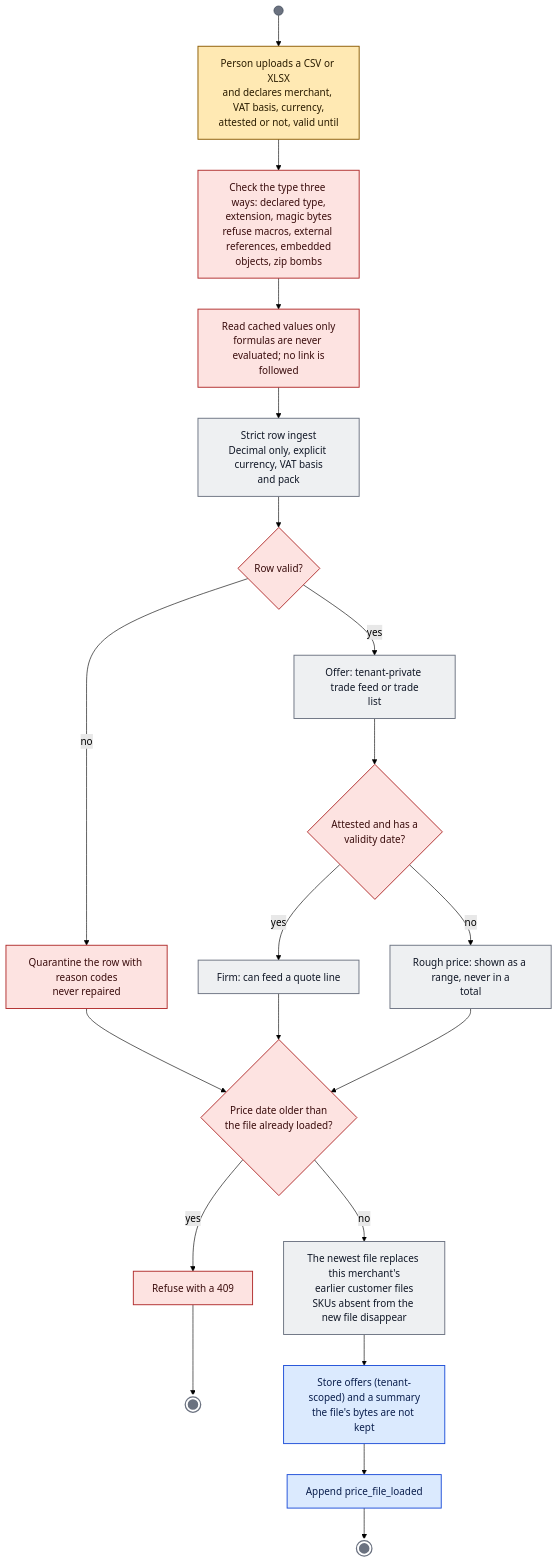
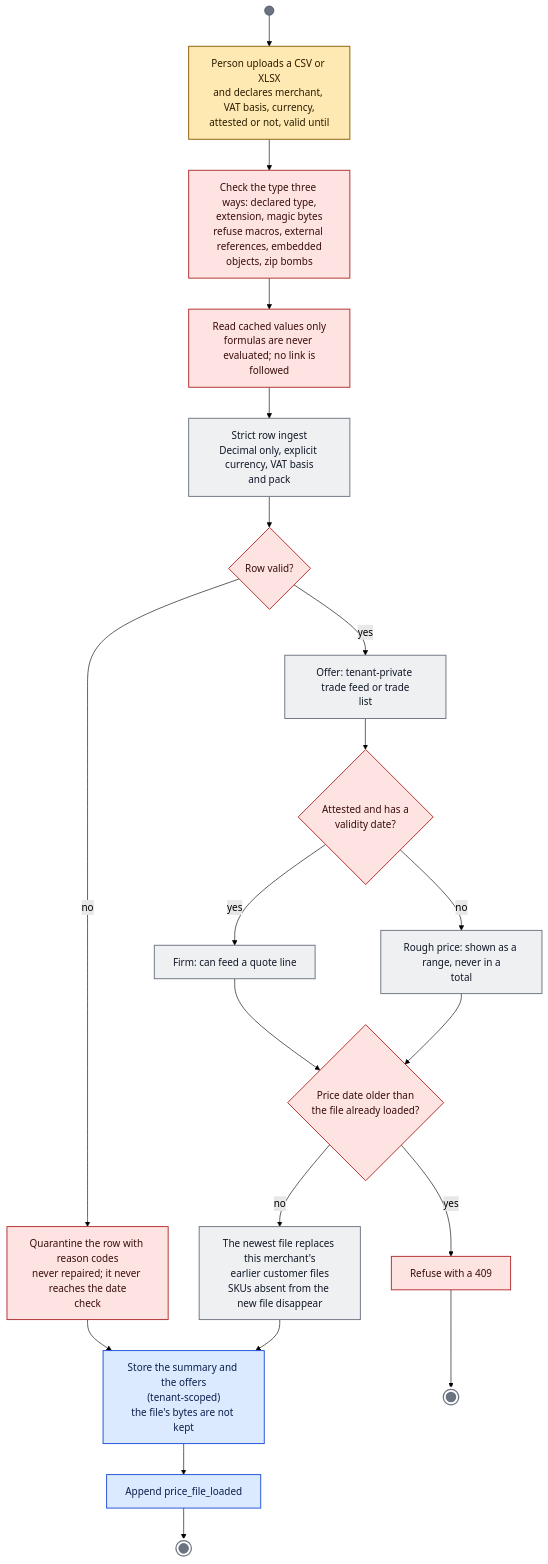
Before and after one commit to emre-akarsu/ai-commerce-ideas: diagram 21 of 33 in docs/architecture/activity-diagrams.md, drawn with Mermaid (forest theme). The commit also changed other lines of this file, not shown here.

First line of the commit message:
docs: correct the activity diagrams after an independent fact-check of the remaining modules and optimizations

````diff
--- a/docs/architecture/activity-diagrams.md
+++ b/docs/architecture/activity-diagrams.md
@@ -772,30 +802,30 @@
 ```mermaid
 flowchart TB
 classDef human fill:#ffe9b3,stroke:#8a5a00,color:#2a1c00,stroke-width:1.5px
 classDef rule fill:#eef0f2,stroke:#6b7280,color:#111827,stroke-width:1.5px
 classDef ai fill:#e9e3ff,stroke:#5b3fc4,color:#1e1050,stroke-width:2.5px,stroke-dasharray:6 4
 classDef opt fill:#d8f3e4,stroke:#1b7a4a,color:#0b2e1b,stroke-width:1.5px
 classDef gate fill:#fde3e1,stroke:#b02b2b,color:#3a0d0d,stroke-width:1.5px
 classDef data fill:#dbeafe,stroke:#1d4ed8,color:#0b1f4d,stroke-width:1.5px
 classDef bar fill:#6b7280,stroke:#374151,color:#ffffff
 classDef fin fill:#6b7280,stroke:#ffffff,color:#ffffff,stroke-width:3px
 S((" ")):::bar --> f1["Person uploads a CSV or XLSX<br/>and declares merchant, VAT basis, currency,<br/>attested or not, valid until"]:::human
 f1 --> f2["Check the type three ways: declared type,<br/>extension, magic bytes<br/>refuse macros, external references, embedded<br/>objects, zip bombs"]:::gate
 f2 --> f3["Read cached values only<br/>formulas are never evaluated; no link is<br/>followed"]:::gate
 f3 --> f4["Strict row ingest<br/>Decimal only, explicit currency, VAT basis<br/>and pack"]:::rule
 f4 --> d1{"Row valid?"}:::gate
-d1 -->|"no"| f5["Quarantine the row with reason codes<br/>never repaired"]:::gate
+d1 -->|"no"| f5["Quarantine the row with reason codes<br/>never repaired; it never reaches the date<br/>check"]:::gate
 d1 -->|"yes"| f6["Offer: tenant-private trade feed or trade<br/>list"]:::rule
+f5 --> f12
 f6 --> d2{"Attested and has a<br/>validity date?"}:::gate
 d2 -->|"yes"| f7["Firm: can feed a quote line"]:::rule
 d2 -->|"no"| f8["Rough price: shown as a range, never in a<br/>total"]:::rule
-f5 --> f9
 f7 --> f9
 f8 --> f9{"Price date older than<br/>the file already loaded?"}:::gate
 f9 -->|"yes"| f10["Refuse with a 409"]:::gate
 f10 --> E1(((" "))):::fin
 f9 -->|"no"| f11["The newest file replaces this merchant's<br/>earlier customer files<br/>SKUs absent from the new file disappear"]:::rule
-f11 --> f12["Store offers (tenant-scoped) and a summary<br/>the file's bytes are not kept"]:::data
+f11 --> f12["Store the summary and the offers<br/>(tenant-scoped)<br/>the file's bytes are not kept"]:::data
 f12 --> f13["Append price_file_loaded"]:::data
 f13 --> E2(((" "))):::fin
 ```
````
